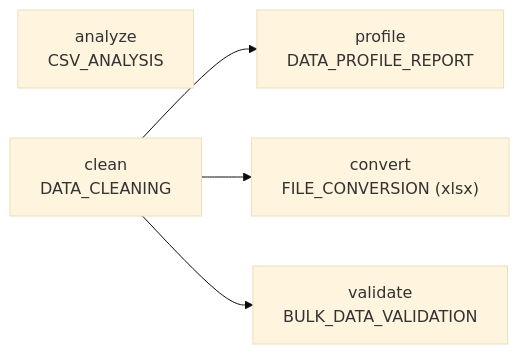
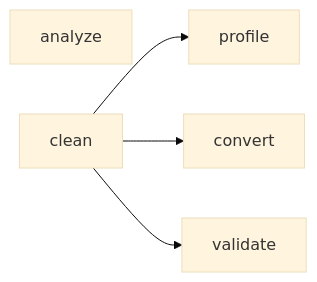
Before and after one commit to ayushjariyal/pyFlow: the second of 2 diagrams in README.md, drawn with Mermaid (base theme). The commit also changed other lines of this file, not shown here.

````diff
--- a/README.md
+++ b/README.md
@@ -532,11 +197,8 @@
 ```mermaid
 flowchart LR
-    analyze["analyze<br/>CSV_ANALYSIS"]
-    clean["clean<br/>DATA_CLEANING"]
-    profile["profile<br/>DATA_PROFILE_REPORT"]
-    convert["convert<br/>FILE_CONVERSION (xlsx)"]
-    validate["validate<br/>BULK_DATA_VALIDATION"]
-    clean --> profile
-    clean --> convert
-    clean --> validate
+    analyze[analyze]
+    clean[clean]
+    clean --> profile[profile]
+    clean --> convert[convert]
+    clean --> validate[validate]
 ```
````
